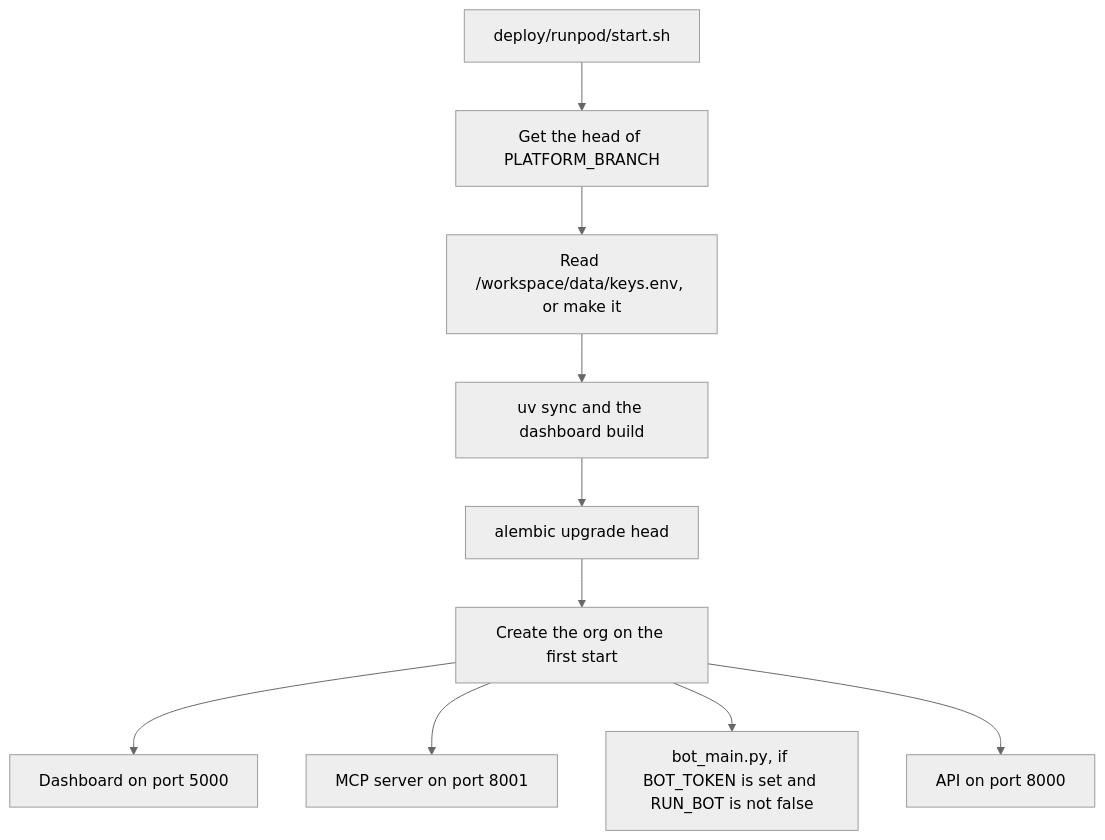
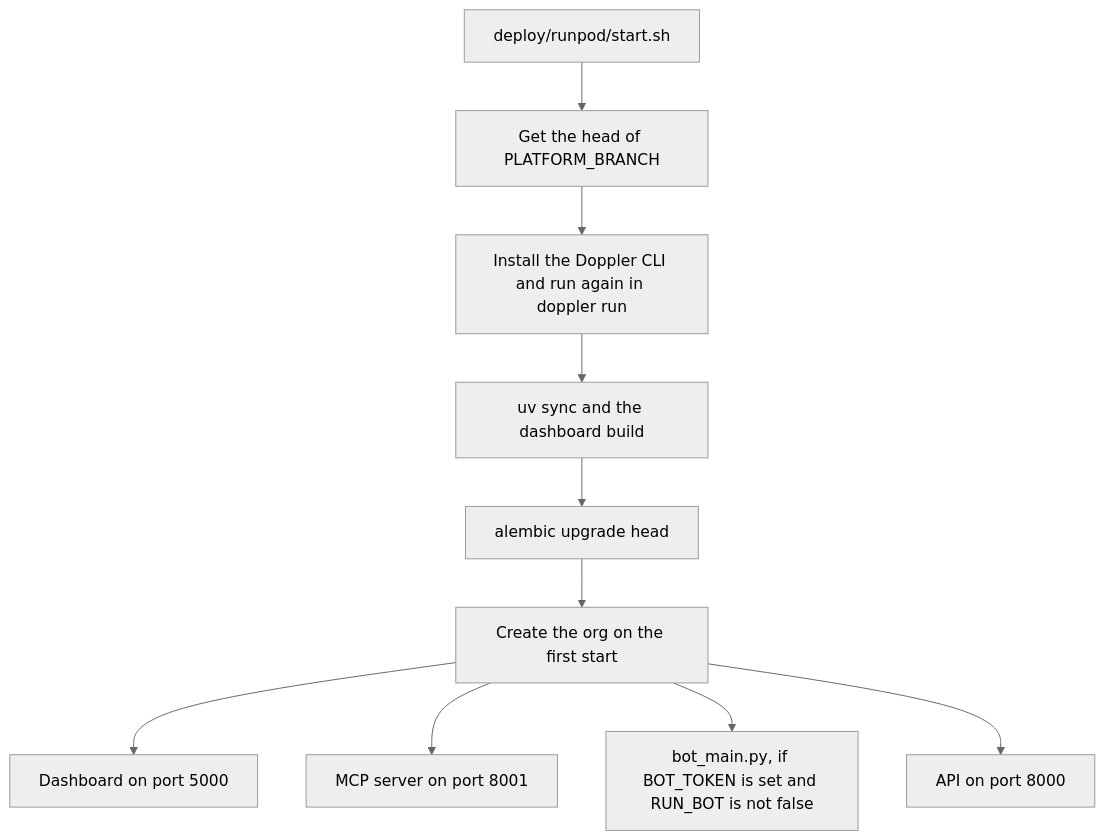
One commit to asusoda/soda-internal-api changed the diagram in docs/getting-started.md. Above: the diagram before and after it, drawn with Mermaid (neutral theme). The commit also changed other lines of this file and 54 other files, not shown here.

First line of the commit message:
Get every setting from Doppler instead of .env files

````diff
--- a/docs/getting-started.md
+++ b/docs/getting-started.md
@@ -85,12 +94,12 @@
 ```mermaid
 flowchart TD
   start["deploy/runpod/start.sh"] --> fetch["Get the head of PLATFORM_BRANCH"]
-  fetch --> keys["Read /workspace/data/keys.env, or make it"]
-  keys --> build["uv sync and the dashboard build"]
+  fetch --> doppler["Install the Doppler CLI and run again in doppler run"]
+  doppler --> build["uv sync and the dashboard build"]
   build --> migrate["alembic upgrade head"]
   migrate --> org["Create the org on the first start"]
   org --> dash["Dashboard on port 5000"]
   org --> mcp["MCP server on port 8001"]
   org --> bot["bot_main.py, if BOT_TOKEN is set and RUN_BOT is not false"]
   org --> api["API on port 8000"]
 ```
````
